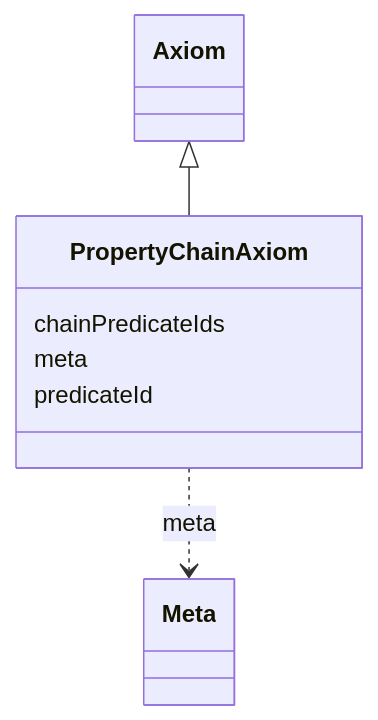
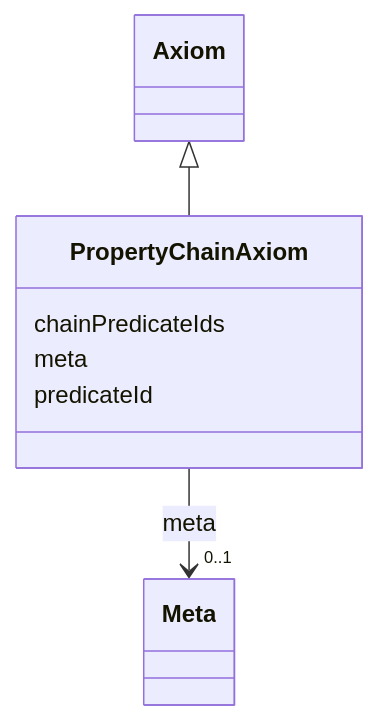
Before and after one commit to INCATools/ontology-access-kit: the diagram in docs/datamodels/obograph/PropertyChainAxiom.md, drawn with Mermaid. The commit also changed other lines of this file and 539 other files, not shown here.

````diff
--- a/docs/datamodels/obograph/PropertyChainAxiom.md
+++ b/docs/datamodels/obograph/PropertyChainAxiom.md
@@ -11,15 +19,22 @@
 ```{mermaid}
  classDiagram
     class PropertyChainAxiom
+    click PropertyChainAxiom href "../PropertyChainAxiom"
       Axiom <|-- PropertyChainAxiom
+        click Axiom href "../Axiom"
       
       PropertyChainAxiom : chainPredicateIds
         
       PropertyChainAxiom : meta
         
-          PropertyChainAxiom ..> Meta : meta
+          
+    
+    
+    PropertyChainAxiom --> "0..1" Meta : meta
+    click Meta href "../Meta"
+
         
       PropertyChainAxiom : predicateId
         
       
 ```
````
